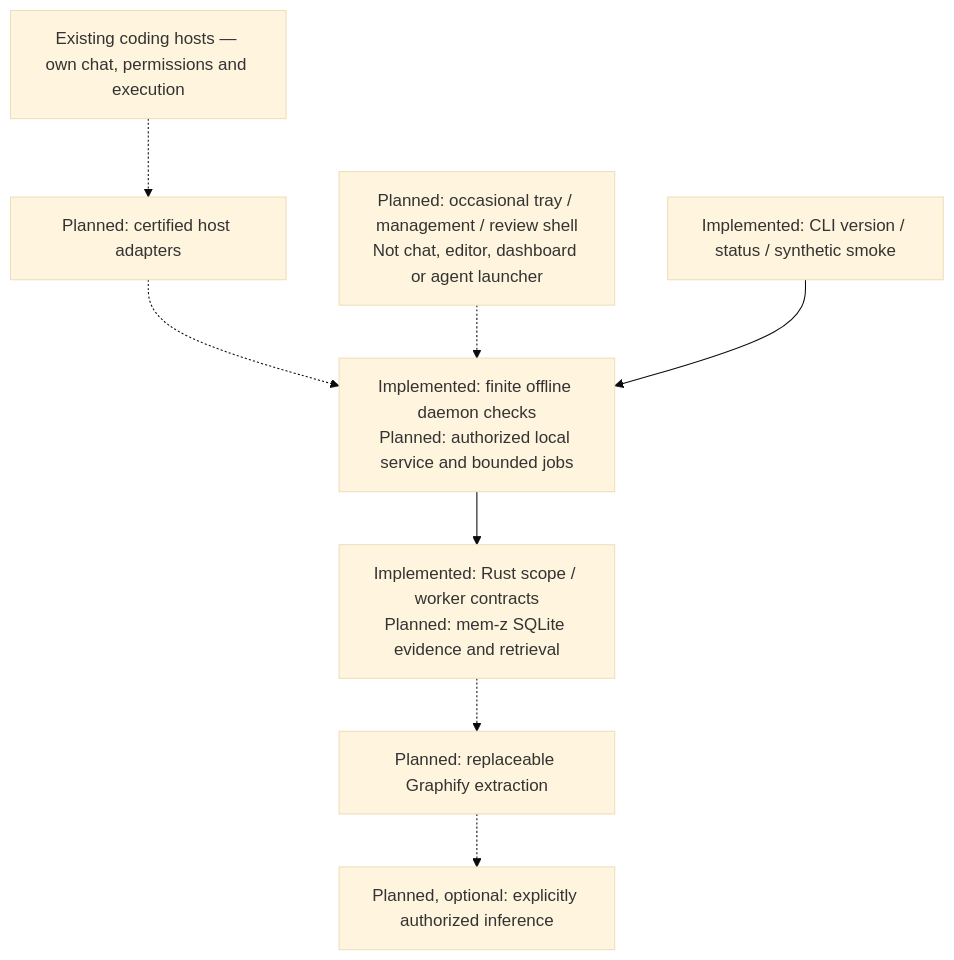
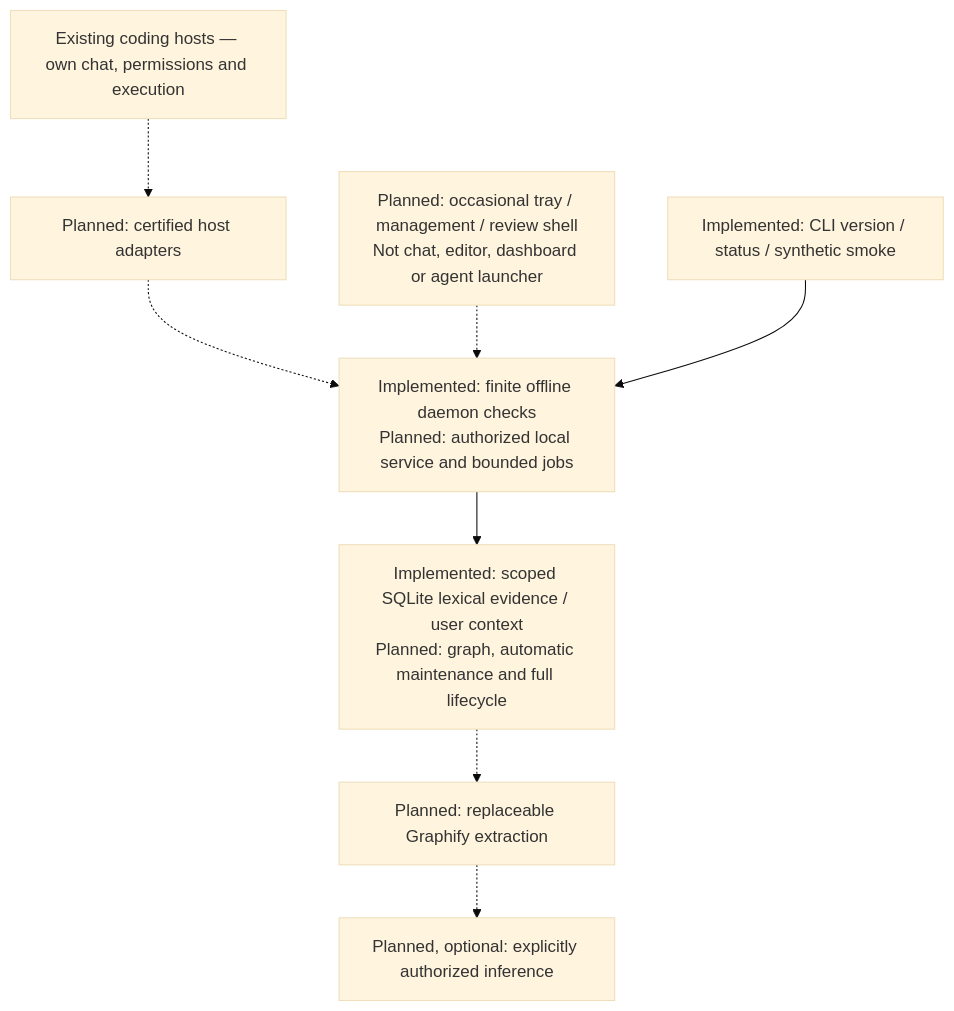
One commit to suhaasbadada/threadmark changed the diagram in README.md. Above: the diagram before and after it, drawn with Mermaid (base theme). The commit also changed other lines of this file and 16 other files, not shown here.

Commit message:
feat: persist authorized projects, lexical evidence and human context

````diff
--- a/README.md
+++ b/README.md
@@ -64,18 +84,18 @@
 ```mermaid
 flowchart TB
   Host["Existing coding hosts — own chat, permissions and execution"]
   Adapter["Planned: certified host adapters"]
   Daemon["Implemented: finite offline daemon checks\nPlanned: authorized local service and bounded jobs"]
-  Core["Implemented: Rust scope / worker contracts\nPlanned: mem-z SQLite evidence and retrieval"]
+   Core["Implemented: scoped SQLite lexical evidence / user context\nPlanned: graph, automatic maintenance and full lifecycle"]
   Worker["Planned: replaceable Graphify extraction"]
   Inference["Planned, optional: explicitly authorized inference"]
   Shell["Planned: occasional tray / management / review shell\nNot chat, editor, dashboard or agent launcher"]
   CLI["Implemented: CLI version / status / synthetic smoke"]
   Host -.-> Adapter
   Adapter -.-> Daemon
   Shell -.-> Daemon
   CLI --> Daemon
   Daemon --> Core
   Core -.-> Worker
   Worker -.-> Inference
 ```
````
